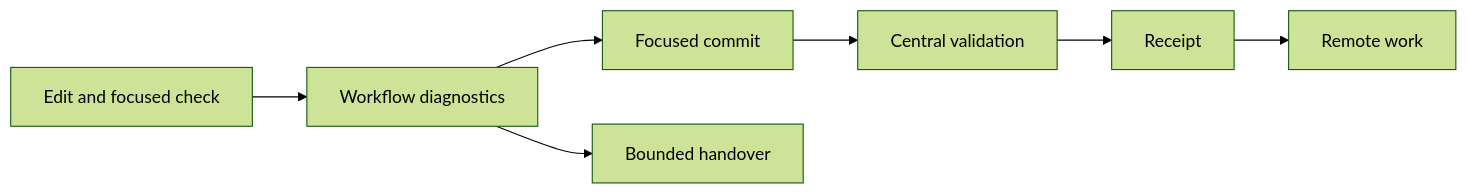
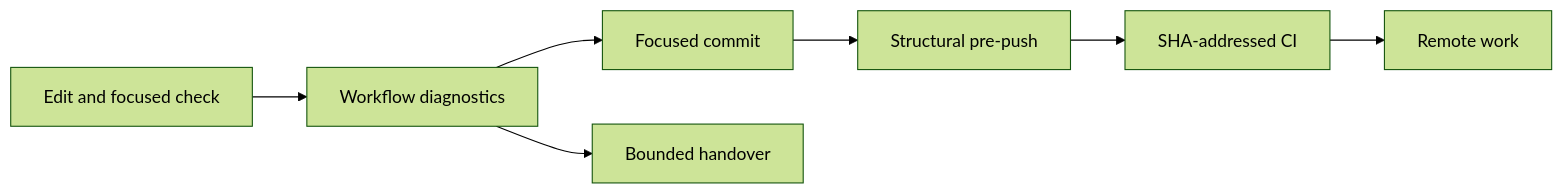
The diagram in docs/roadmap/deployment/developer-workflow-assurance.md (dotnetpower/fdai), drawn with Mermaid (forest theme) before and after one commit. The commit also changed other lines of this file and 17 other files, not shown here.

Commit message:
refactor(validation): make central queue opt-in

````diff
--- a/docs/roadmap/deployment/developer-workflow-assurance.md
+++ b/docs/roadmap/deployment/developer-workflow-assurance.md
@@ -33,9 +34,9 @@
 ```mermaid
 flowchart LR
     E[Edit and focused check] --> D[Workflow diagnostics]
     D --> C[Focused commit]
-    C --> V[Central validation]
-    V --> R[Receipt]
-    R --> X[Remote work]
+    C --> P[Structural pre-push]
+    P --> V[SHA-addressed CI]
+    V --> X[Remote work]
     D --> H[Bounded handover]
 ```
````
